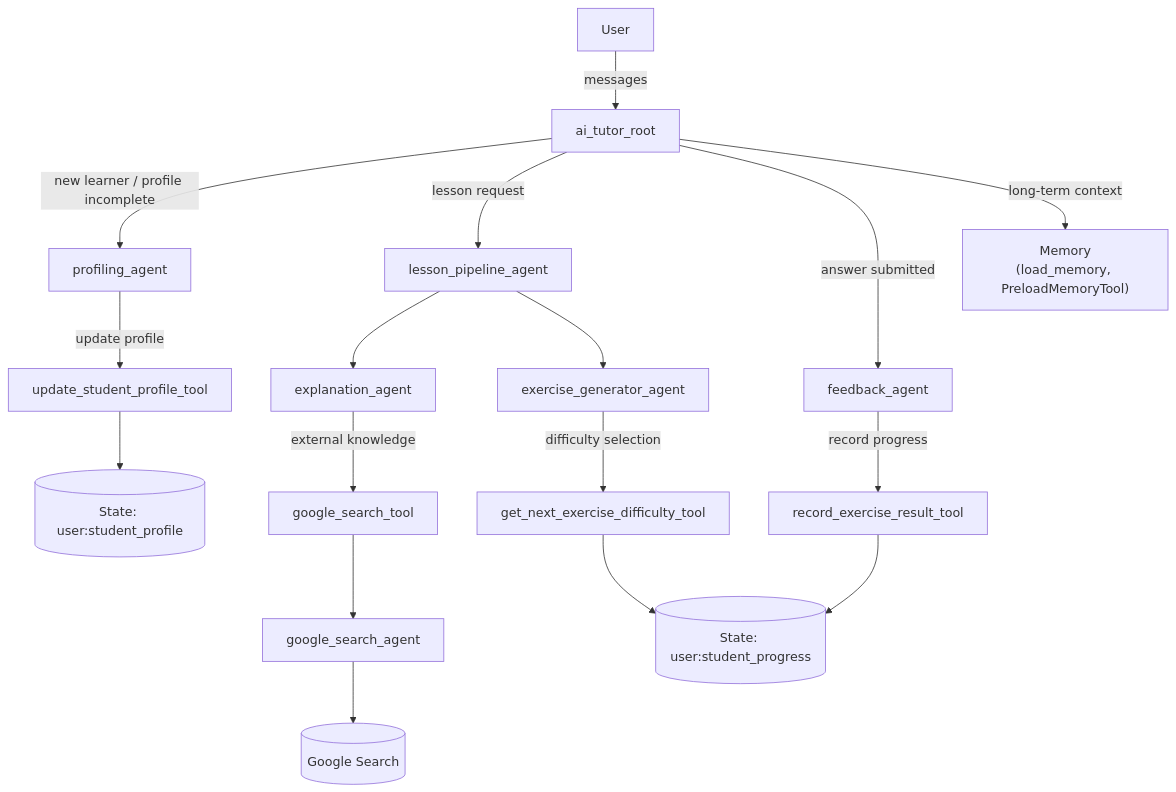
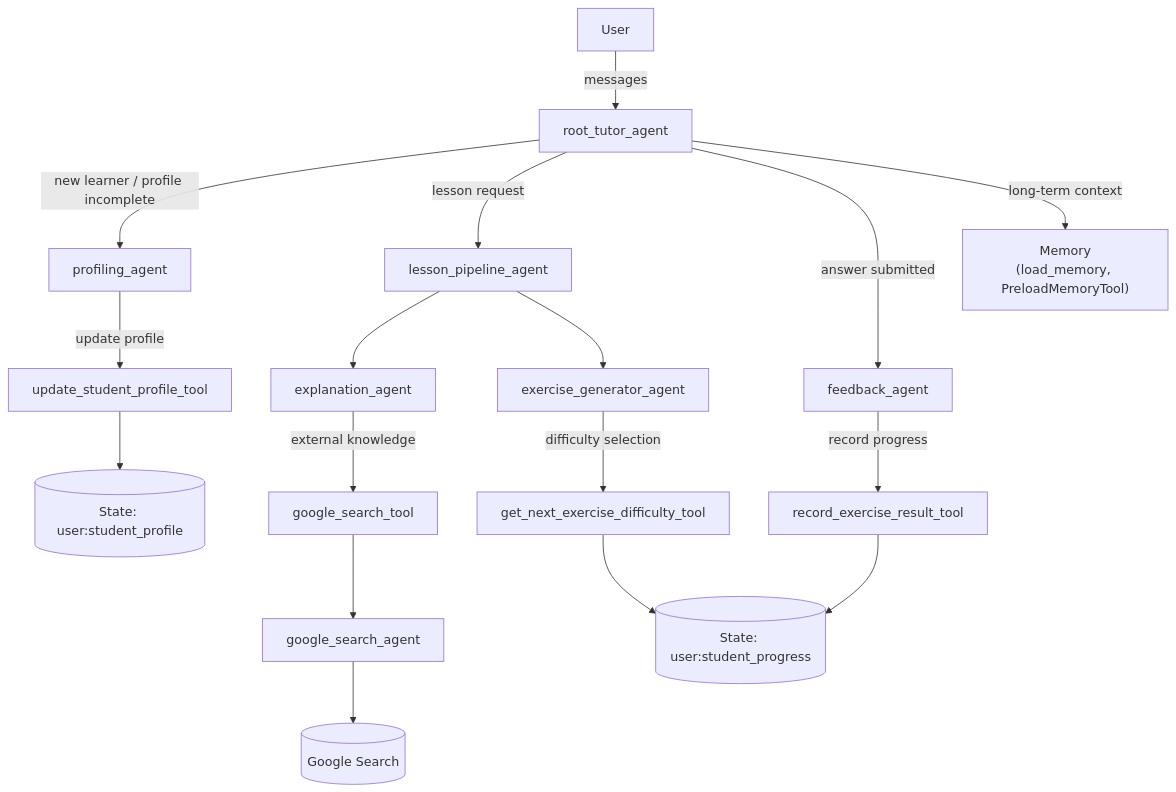
Before and after one commit to AliEhsanian/Agentic-AI-Tutor-with-GoogleADK: the diagram in README.md, drawn with Mermaid.

Commit message:
correcting the root agent name in the mermaid

````diff
--- a/README.md
+++ b/README.md
@@ -103,27 +103,27 @@
 ```mermaid
 flowchart TD
 
-    U[User] -->|messages| R[ai_tutor_root]
+    U[User] -->|messages| R[root_tutor_agent]
 
     R -->|new learner / profile incomplete| P[profiling_agent]
     R -->|lesson request| L[lesson_pipeline_agent]
     R -->|answer submitted| F[feedback_agent]
     R -->|long-term context| M["Memory<br/>(load_memory, PreloadMemoryTool)"]
 
     L --> E[explanation_agent]
     L --> X[exercise_generator_agent]
 
     E -->|external knowledge| GST[google_search_tool]
     GST --> SA[google_search_agent]
     SA --> GS[(Google Search)]
 
     X -->|difficulty selection| D[get_next_exercise_difficulty_tool]
 
     F -->|record progress| REC[record_exercise_result_tool]
 
     P -->|update profile| UPD[update_student_profile_tool]
 
     UPD --> S1[(State: user:student_profile)]
     REC --> S2[(State: user:student_progress)]
     D --> S2
 ```
````
